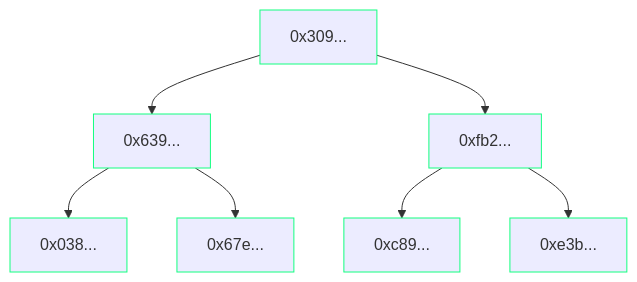
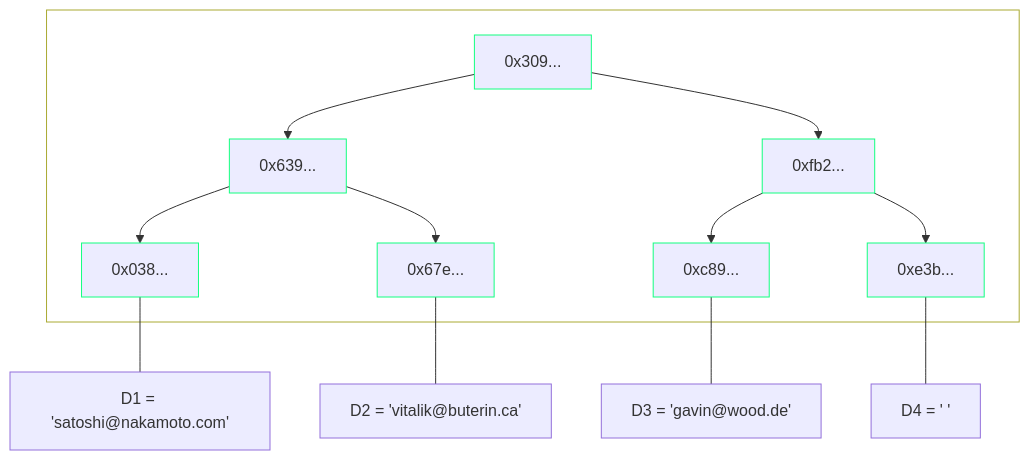
The third of 3 diagrams in README.md (wentelteefje/safe-merkleproofs), drawn with Mermaid before and after one commit. The commit also changed other lines of this file, not shown here.

````diff
--- a/README.md
+++ b/README.md
@@ -104,10 +112,17 @@
 ```mermaid
 graph TB;
+    subgraph ED[ ]
     A["0x309..."]:::safeStyle-->B["0x639..."]:::safeStyle;
     A-->C["0xfb2..."]:::safeStyle;
     B-->D["0x038..."]:::safeStyle;
     B-->E["0x67e..."]:::safeStyle;
     C-->F["0xc89..."]:::safeStyle;
     C-->G["0xe3b..."]:::safeStyle;
+    end
+    D---H["D1 = 'satoshi@nakamoto.com'"]
+    E---I["D2 = 'vitalik@buterin.ca'"]
+    F---J["D3 = 'gavin@wood.de'"]
+    G---K["D4 = ' '"]
     classDef safeStyle stroke:#12FF80
+    style ED color:#12FF80, fill:none
 ```
````
